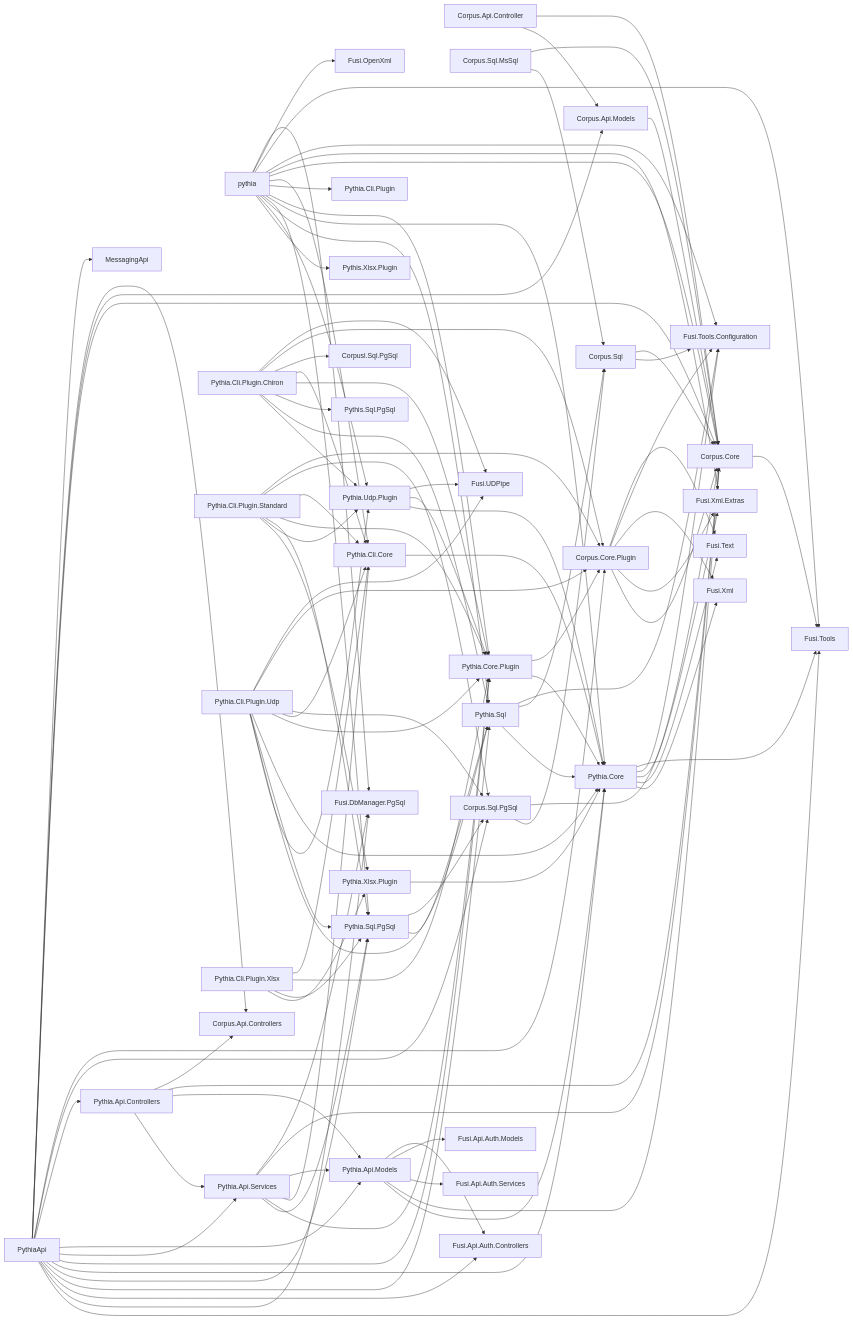
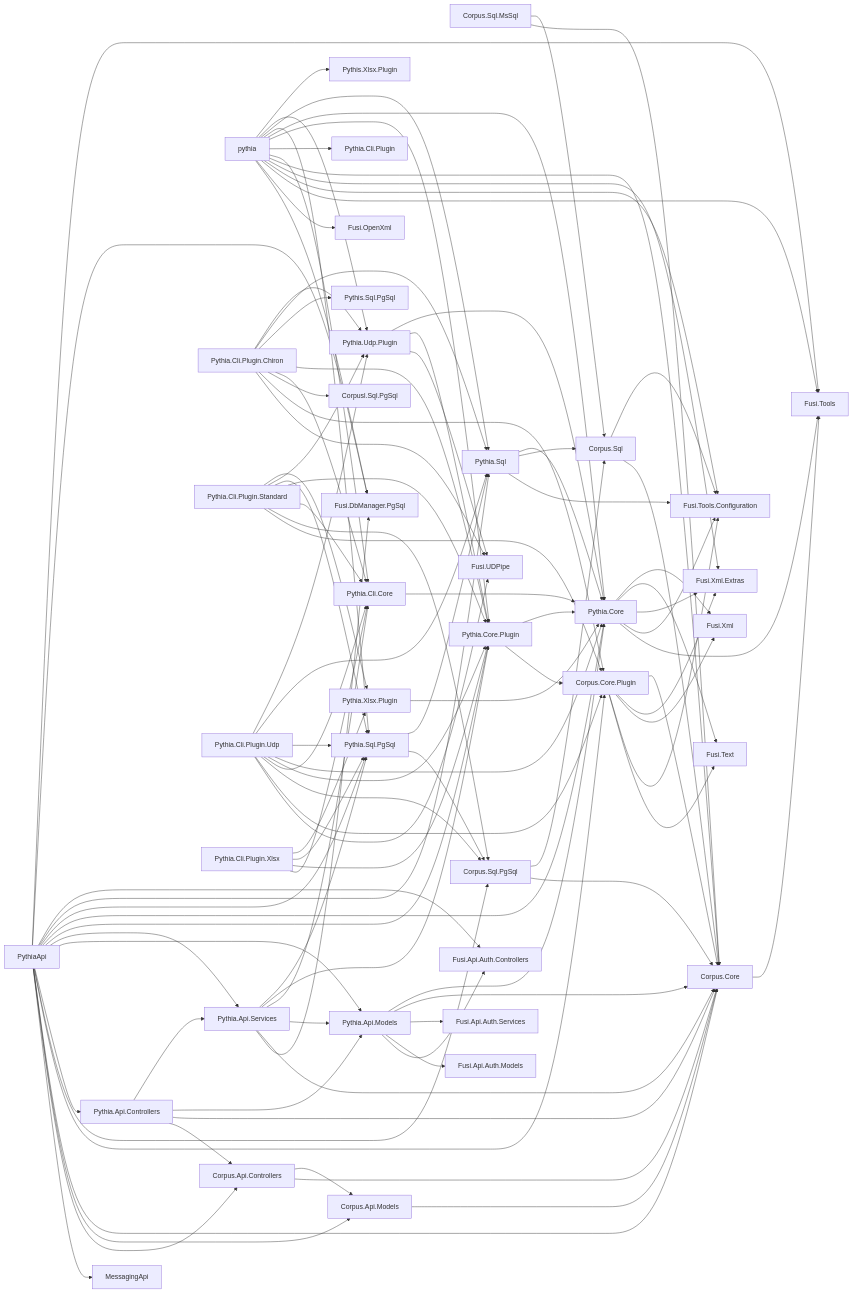
The diagram in README.md (vedph/pythia), drawn with Mermaid before and after one commit. The commit also changed 15 other files, not shown here.

````diff
--- a/README.md
+++ b/README.md
@@ -75,8 +75,8 @@
 ```mermaid
 graph LR;
 
-Corpus.Api.Controller --> Corpus.Core
-Corpus.Api.Controller --> Corpus.Api.Models
+Corpus.Api.Controllers --> Corpus.Core
+Corpus.Api.Controllers --> Corpus.Api.Models
 Corpus.Api.Models --> Corpus.Core
 Corpus.Core --> Fusi.Tools
 Corpus.Core.Plugin --> Fusi.Text
````
